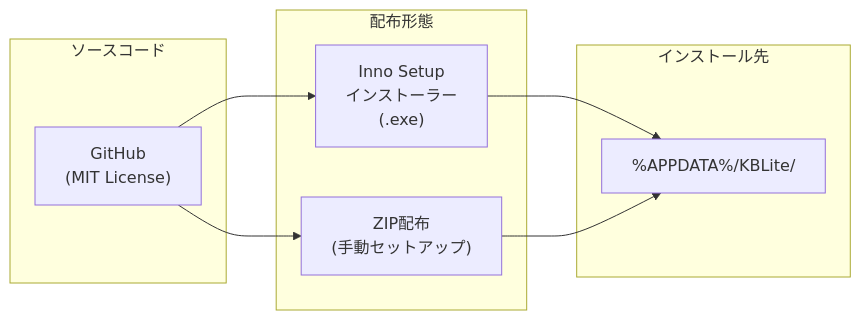
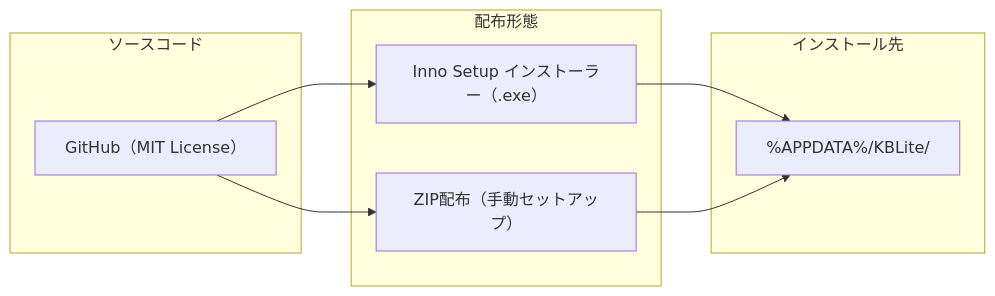
Before and after one commit to 76Hata/KBLite: the fourth of 4 diagrams in doc/DESIGN-001_kblite-overview.md, drawn with Mermaid. The commit also changed other lines of this file and 4 other files, not shown here.

````diff
--- a/doc/DESIGN-001_kblite-overview.md
+++ b/doc/DESIGN-001_kblite-overview.md
@@ -183,20 +193,20 @@
 ```mermaid
 flowchart LR
     subgraph Source["ソースコード"]
-        GH["GitHub<br/>(MIT License)"]
+        GH["GitHub（MIT License）"]
     end
 
     subgraph Distribution["配布形態"]
-        IS["Inno Setup<br/>インストーラー<br/>(.exe)"]
-        ZIP["ZIP配布<br/>(手動セットアップ)"]
+        IS["Inno Setup インストーラー（.exe）"]
+        ZIP["ZIP配布（手動セットアップ）"]
     end
 
     subgraph Install["インストール先"]
         APP["%APPDATA%/KBLite/"]
     end
 
     GH --> IS
     GH --> ZIP
     IS --> APP
     ZIP --> APP
 ```
````
